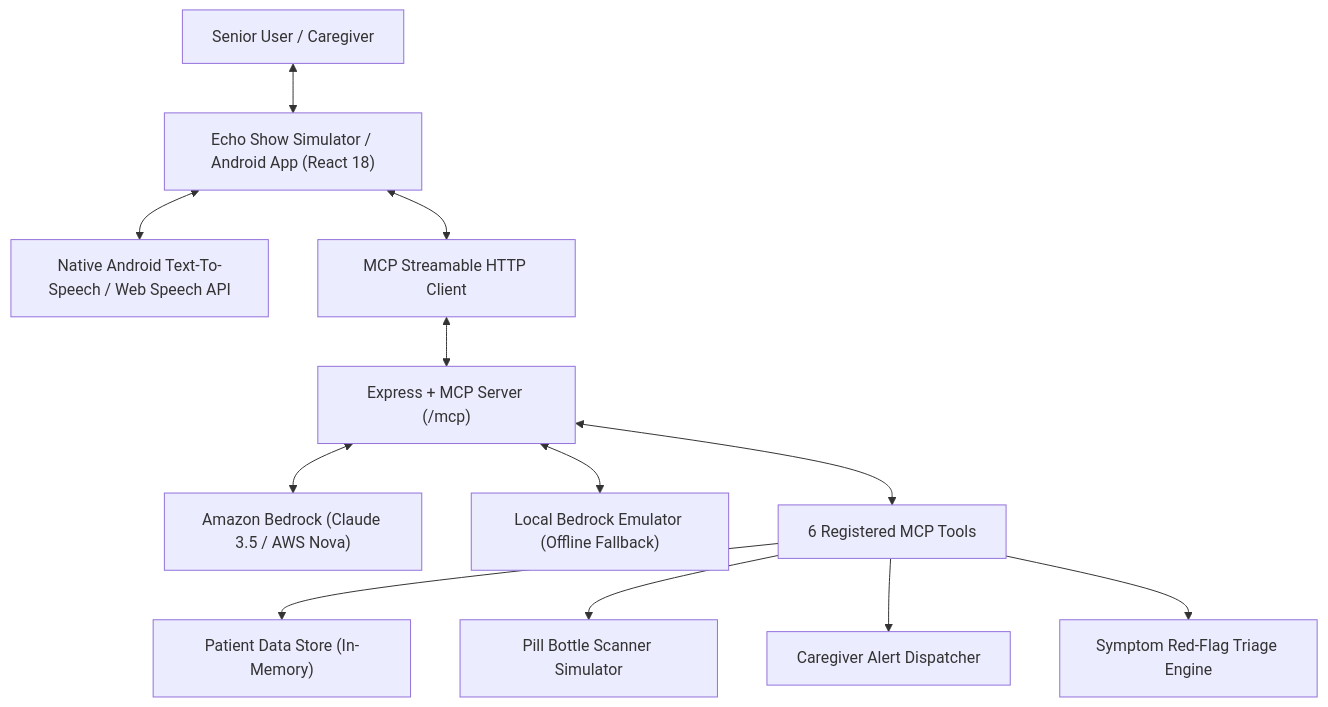
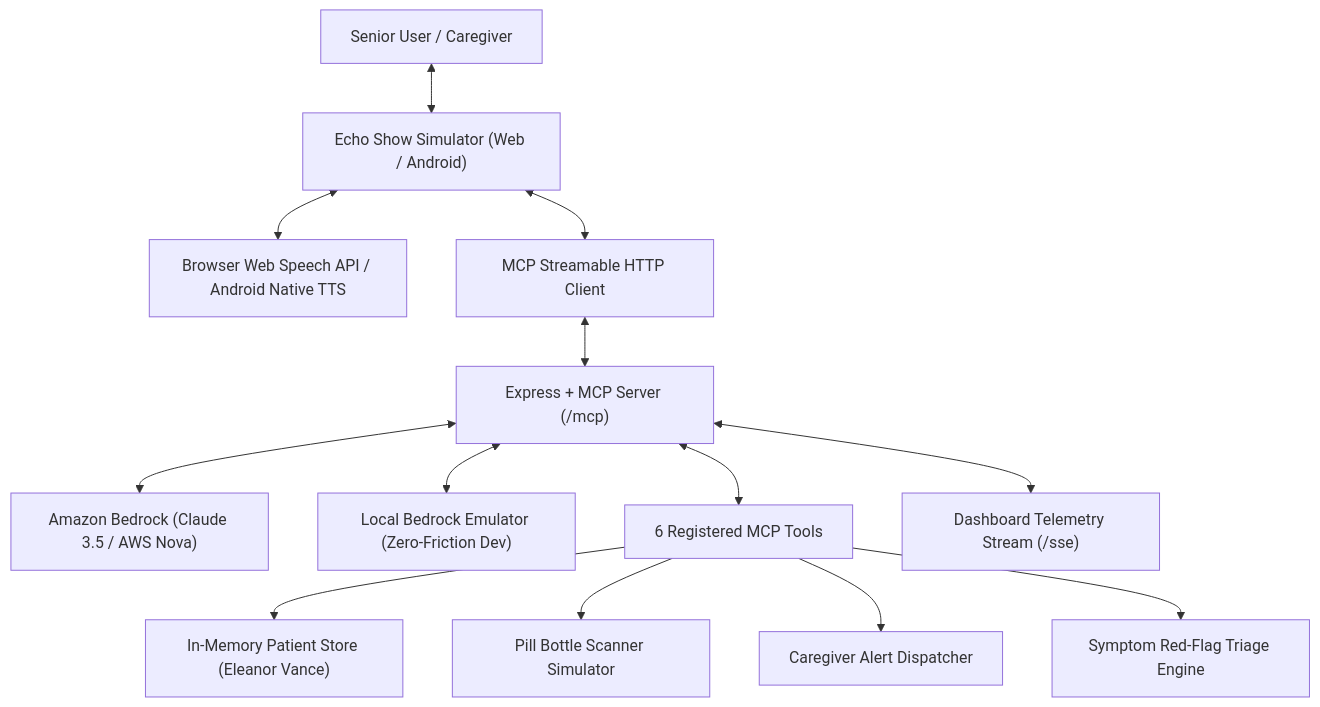
Before and after one commit to Yemmmyc/vitalis-ai: the diagram in README.md, drawn with Mermaid. The commit also changed other lines of this file and 7 other files, not shown here.

````diff
--- a/README.md
+++ b/README.md
@@ -77,14 +124,15 @@
 ```mermaid
 graph TD
-    User["Senior User / Caregiver"] <--> UI["Echo Show Simulator / Android App (React 18)"]
-    UI <--> TTS["Native Android Text-To-Speech / Web Speech API"]
+    User["Senior User / Caregiver"] <--> UI["Echo Show Simulator (Web / Android)"]
+    UI <--> Speech["Browser Web Speech API / Android Native TTS"]
     UI <--> MCPClient["MCP Streamable HTTP Client"]
     MCPClient <--> ExpressServer["Express + MCP Server (/mcp)"]
     ExpressServer <--> Bedrock["Amazon Bedrock (Claude 3.5 / AWS Nova)"]
-    ExpressServer <--> BedrockFallback["Local Bedrock Emulator (Offline Fallback)"]
+    ExpressServer <--> BedrockEmulator["Local Bedrock Emulator (Zero-Friction Dev)"]
     ExpressServer <--> MCPTools["6 Registered MCP Tools"]
-    MCPTools --> MedStore["Patient Data Store (In-Memory)"]
+    MCPTools --> MedStore["In-Memory Patient Store (Eleanor Vance)"]
     MCPTools --> PillVision["Pill Bottle Scanner Simulator"]
     MCPTools --> CaregiverPortal["Caregiver Alert Dispatcher"]
     MCPTools --> TriageEngine["Symptom Red-Flag Triage Engine"]
+    ExpressServer <--> SSE["Dashboard Telemetry Stream (/sse)"]
 ```
````
